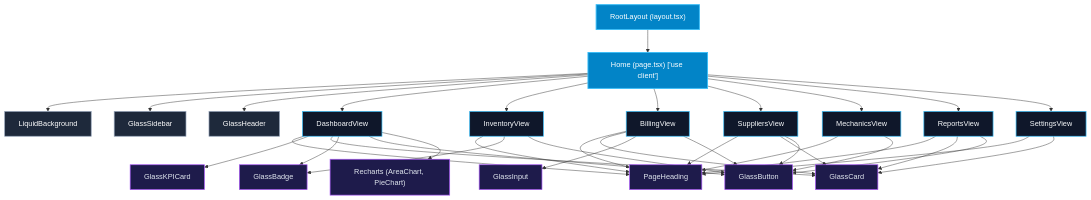
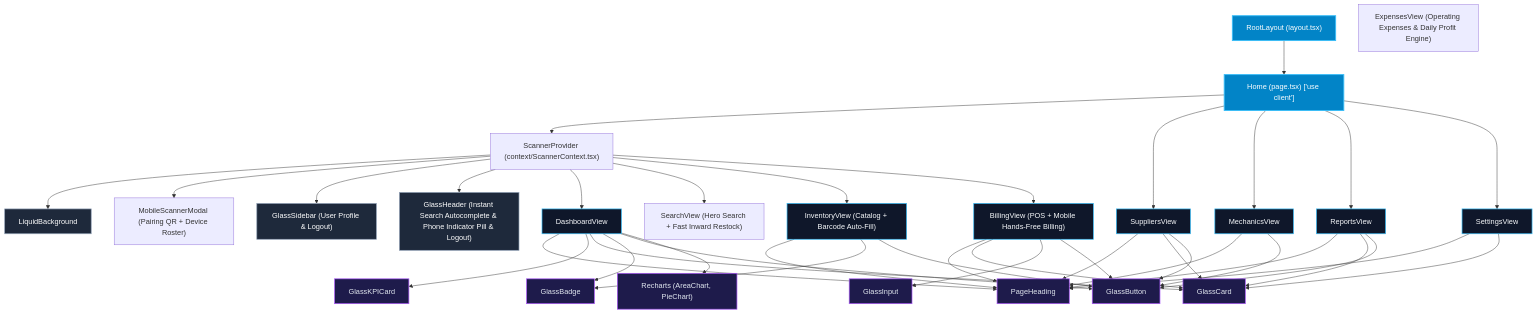
The third of 6 diagrams in docs/ui-architecture.md (biswajit-rout/PartShop), drawn with Mermaid before and after one commit. The commit also changed other lines of this file and 47 other files, not shown here.

Commit message:
Milestone-10-Mobile barcode scanner and realtime stock flow completed.

```diff
--- a/docs/ui-architecture.md
+++ b/docs/ui-architecture.md
@@ -238,14 +242,18 @@
 flowchart TD
     RootLayout["RootLayout (layout.tsx)"]
     Home["Home (page.tsx) ['use client']"]
+    ScannerProvider["ScannerProvider (context/ScannerContext.tsx)"]
     
     LiquidBG["LiquidBackground"]
-    GlassSidebar["GlassSidebar"]
-    GlassHeader["GlassHeader"]
+    GlassSidebar["GlassSidebar (User Profile & Logout)"]
+    GlassHeader["GlassHeader (Instant Search Autocomplete & Phone Indicator Pill & Logout)"]
+    MobileScannerModal["MobileScannerModal (Pairing QR + Device Roster)"]
     
     DashboardView["DashboardView"]
-    InventoryView["InventoryView"]
-    BillingView["BillingView"]
+    SearchView["SearchView (Hero Search + Fast Inward Restock)"]
+    ExpensesView["ExpensesView (Operating Expenses & Daily Profit Engine)"]
+    InventoryView["InventoryView (Catalog + Barcode Auto-Fill)"]
+    BillingView["BillingView (POS + Mobile Hands-Free Billing)"]
     SuppliersView["SuppliersView"]
     MechanicsView["MechanicsView"]
     ReportsView["ReportsView"]
@@ -260,13 +268,16 @@
     Recharts["Recharts (AreaChart, PieChart)"]
 
     RootLayout --> Home
-    Home --> LiquidBG
-    Home --> GlassSidebar
-    Home --> GlassHeader
+    Home --> ScannerProvider
+    ScannerProvider --> LiquidBG
+    ScannerProvider --> MobileScannerModal
+    ScannerProvider --> GlassSidebar
+    ScannerProvider --> GlassHeader
     
-    Home --> DashboardView
-    Home --> InventoryView
-    Home --> BillingView
+    ScannerProvider --> DashboardView
+    ScannerProvider --> SearchView
+    ScannerProvider --> InventoryView
+    ScannerProvider --> BillingView
     Home --> SuppliersView
     Home --> MechanicsView
     Home --> ReportsView
```
